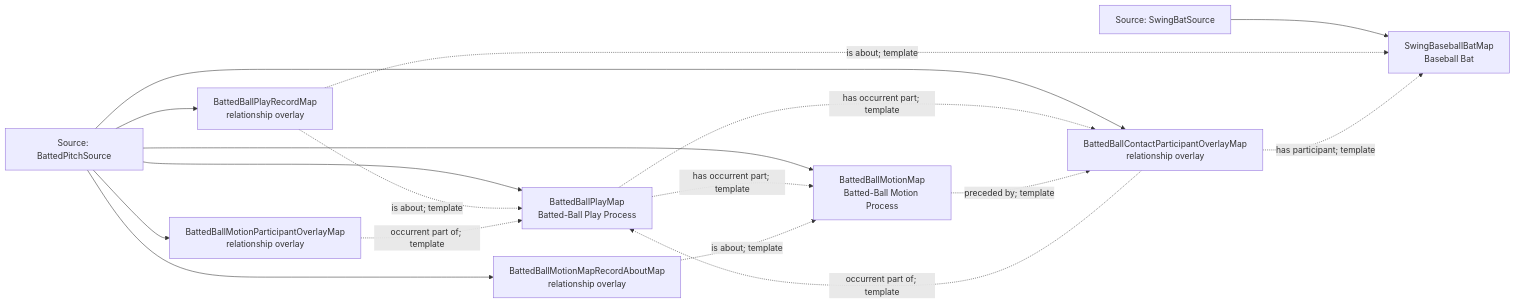
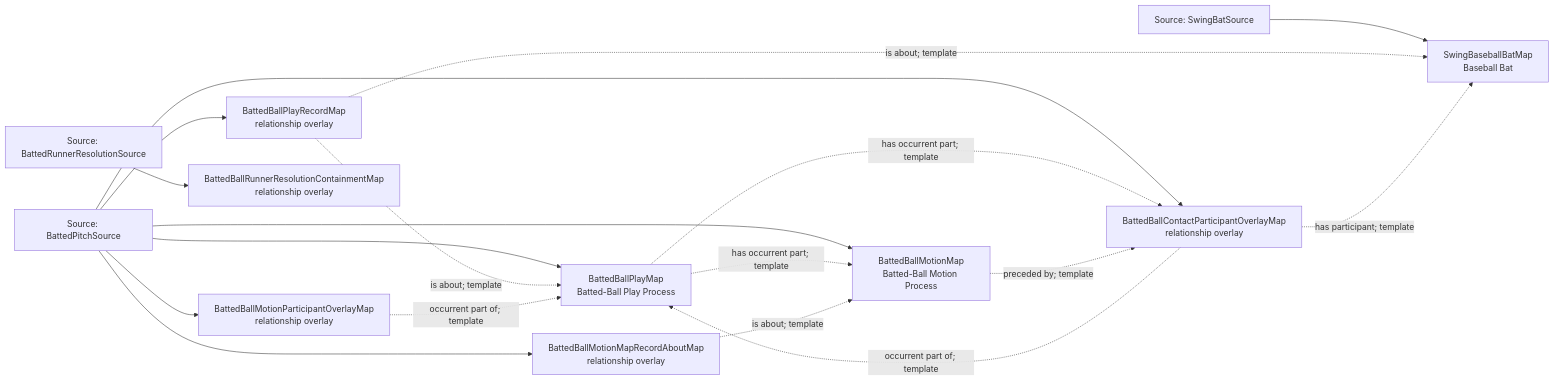
The diagram in Baseball/mermaid/patterns/mlb-game/16-batted-ball-backbone.md (CarterBeauBenson/BaseballO), drawn with Mermaid before and after one commit. The commit also changed other lines of this file and 221 other files, not shown here.

Commit message:
feat: implement graph-native metrics and document remaining evidence gaps

````diff
--- a/Baseball/mermaid/patterns/mlb-game/16-batted-ball-backbone.md
+++ b/Baseball/mermaid/patterns/mlb-game/16-batted-ball-backbone.md
@@ -10,28 +10,31 @@
 ```mermaid
 flowchart LR
     S01["Source: BattedPitchSource"]
-    S02["Source: SwingBatSource"]
+    S02["Source: BattedRunnerResolutionSource"]
+    S03["Source: SwingBatSource"]
     M01["BattedBallPlayMap<br/>Batted-Ball Play Process"]
     M02["BattedBallPlayRecordMap<br/>relationship overlay"]
     M03["BattedBallMotionMap<br/>Batted-Ball Motion Process"]
     M04["BattedBallMotionMapRecordAboutMap<br/>relationship overlay"]
     M05["BattedBallContactParticipantOverlayMap<br/>relationship overlay"]
     M06["BattedBallMotionParticipantOverlayMap<br/>relationship overlay"]
     M07["SwingBaseballBatMap<br/>Baseball Bat"]
+    M08["BattedBallRunnerResolutionContainmentMap<br/>relationship overlay"]
     S01 --> M01
     S01 --> M02
     S01 --> M03
     S01 --> M04
     S01 --> M05
     S01 --> M06
-    S02 --> M07
+    S03 --> M07
+    S02 --> M08
     M01 -.->|has occurrent part; template| M03
     M01 -.->|has occurrent part; template| M05
     M02 -.->|is about; template| M01
     M02 -.->|is about; template| M07
     M03 -.->|preceded by; template| M05
     M04 -.->|is about; template| M03
     M05 -.->|has participant; template| M07
     M05 -.->|occurrent part of; template| M01
     M06 -.->|occurrent part of; template| M01
 ```
````
